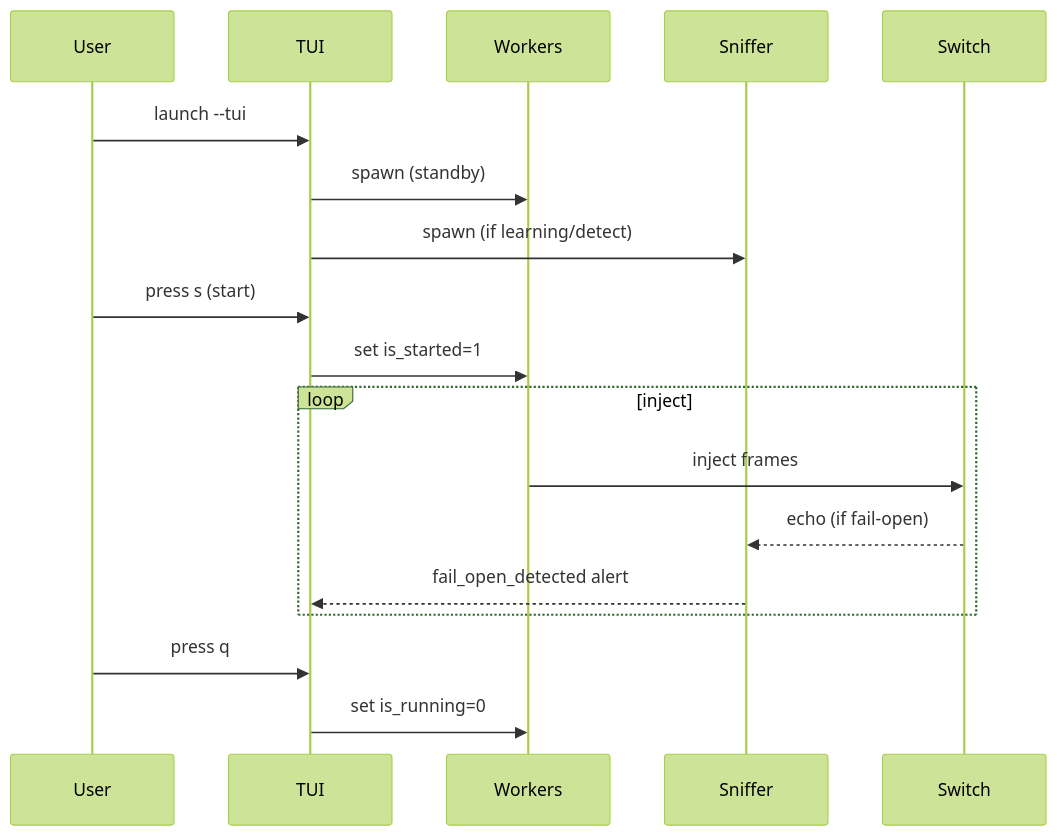
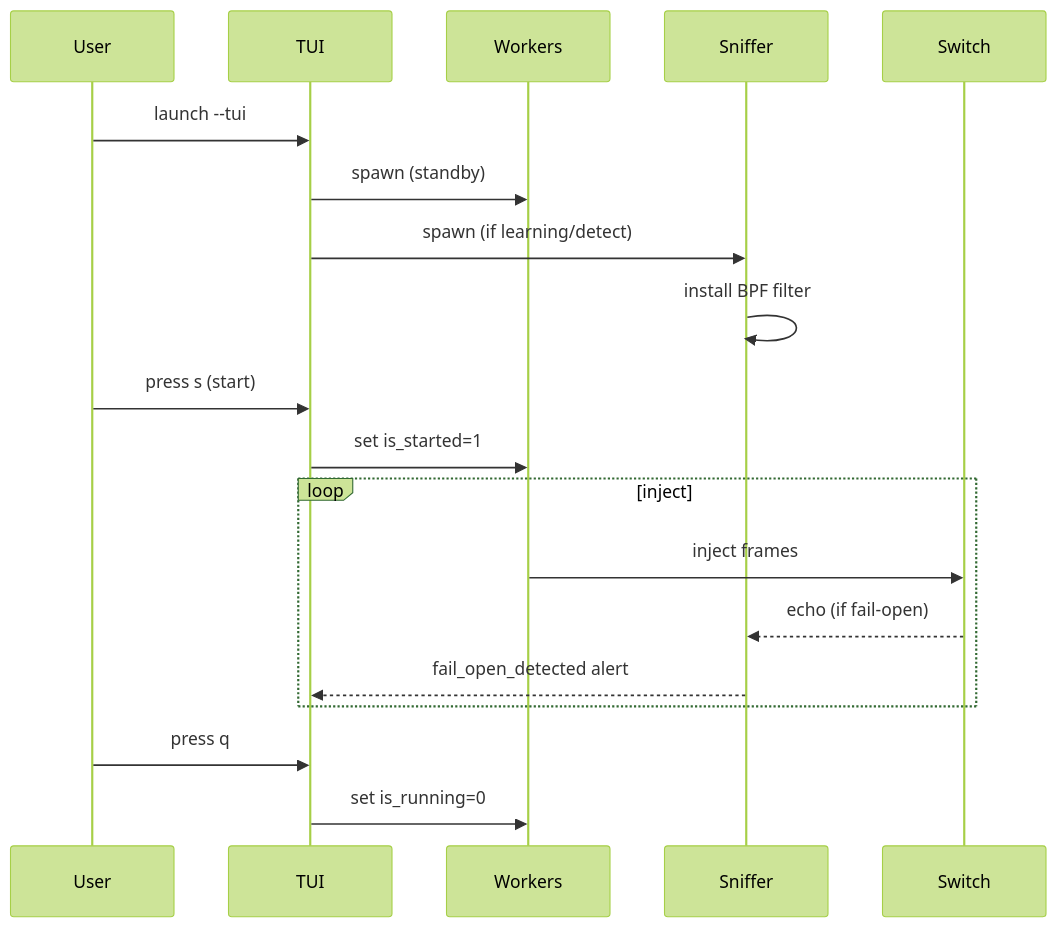
One commit to mstits/Basidium changed the fourth of 7 diagrams in README.md. Above: the diagram before and after it, drawn with Mermaid (forest theme). The commit also changed other lines of this file and 21 other files, not shown here.

````diff
--- a/README.md
+++ b/README.md
@@ -72,21 +93,22 @@
 ```mermaid
 sequenceDiagram
     participant User
     participant TUI
     participant Workers
     participant Sniffer
     participant Switch
 
     User->>TUI: launch --tui
     TUI->>Workers: spawn (standby)
     TUI->>Sniffer: spawn (if learning/detect)
+    Sniffer->>Sniffer: install BPF filter
     User->>TUI: press s (start)
     TUI->>Workers: set is_started=1
     loop inject
         Workers->>Switch: inject frames
         Switch-->>Sniffer: echo (if fail-open)
         Sniffer-->>TUI: fail_open_detected alert
     end
     User->>TUI: press q
     TUI->>Workers: set is_running=0
 ```
````
